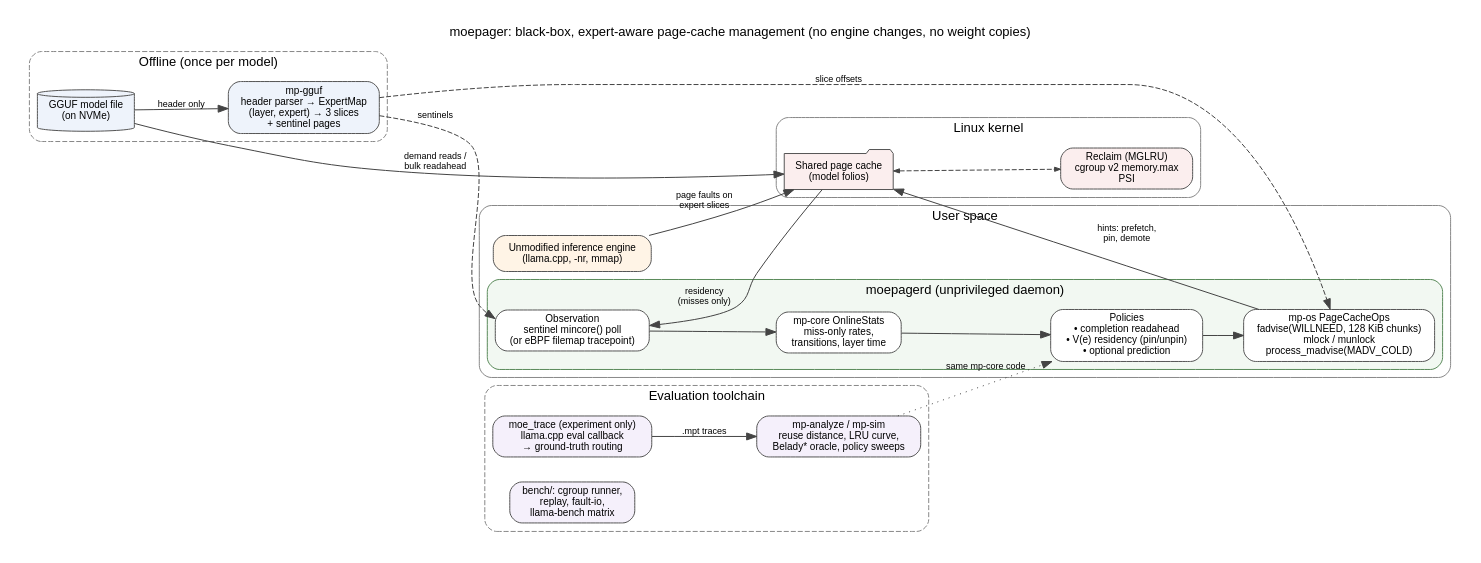
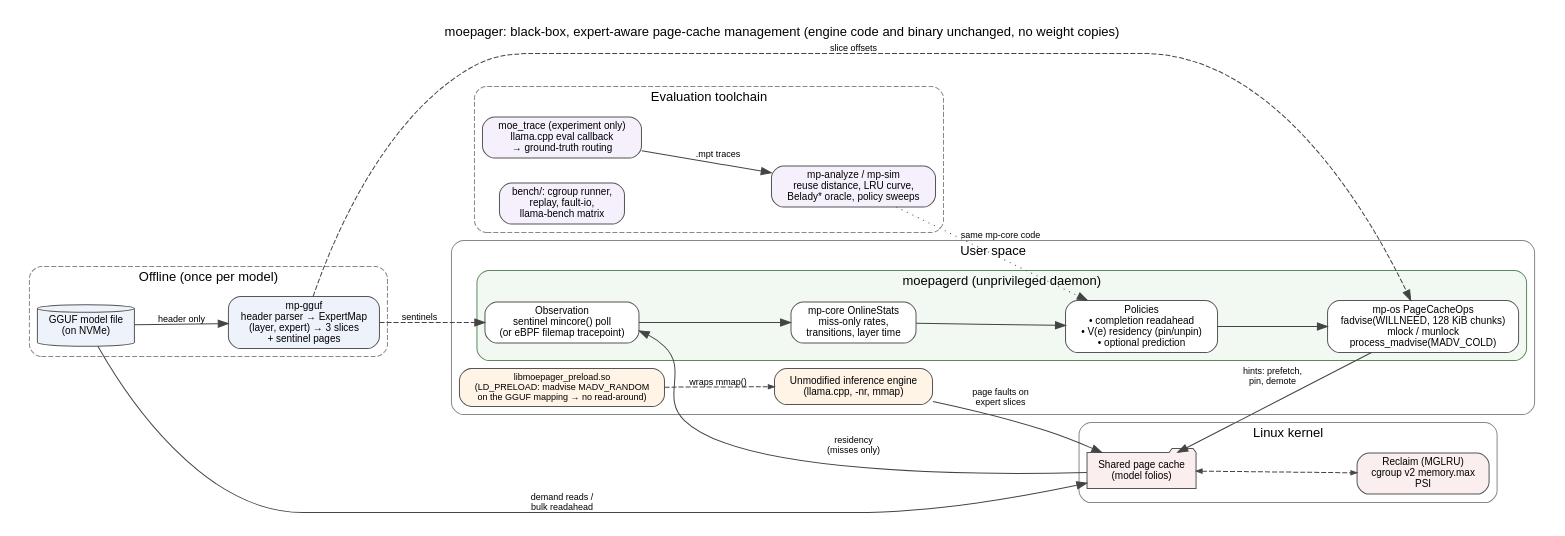
The diagram in docs/report/architecture.dot (TirthBora/moepager), drawn with Graphviz before and after one commit. The commit also changed 30 other files, not shown here.

```diff
--- a/docs/report/architecture.dot
+++ b/docs/report/architecture.dot
@@ -1,51 +1,53 @@
 // moepager system architecture. Render: dot -Tpng -Gdpi=200 architecture.dot -o architecture.png
 digraph moepager {
   graph [rankdir=LR, fontname="Helvetica", fontsize=11, nodesep=0.35, ranksep=0.55, pad=0.2,
-         label="moepager: black-box, expert-aware page-cache management (no engine changes, no weight copies)",
+         label="moepager: black-box, expert-aware page-cache management (engine code and binary unchanged, no weight copies)",
          labelloc=t, fontsize=13];
   node  [shape=box, style="rounded,filled", fontname="Helvetica", fontsize=10, fillcolor="#ffffff", color="#555555"];
   edge  [fontname="Helvetica", fontsize=9, color="#444444"];
 
   subgraph cluster_offline {
     label="Offline (once per model)"; style="rounded,dashed"; color="#888888";
     gguf  [label="GGUF model file\n(on NVMe)", shape=cylinder, fillcolor="#eef3fb"];
     map   [label="mp-gguf\nheader parser → ExpertMap\n(layer, expert) → 3 slices\n+ sentinel pages", fillcolor="#eef3fb"];
     gguf -> map [label="header only"];
   }
 
   subgraph cluster_user {
     label="User space"; style="rounded"; color="#888888";
     engine [label="Unmodified inference engine\n(llama.cpp, -nr, mmap)", fillcolor="#fff4e6"];
+    shim   [label="libmoepager_preload.so\n(LD_PRELOAD: madvise MADV_RANDOM\non the GGUF mapping → no read-around)", fillcolor="#fff4e6", fontsize=9];
+    shim -> engine [label="wraps mmap()", style=dashed, arrowsize=0.6];
     subgraph cluster_daemon {
       label="moepagerd (unprivileged daemon)"; style="rounded,filled"; fillcolor="#f2f8f2"; color="#5a8a5a";
       obs   [label="Observation\nsentinel mincore() poll\n(or eBPF filemap tracepoint)"];
       stats [label="mp-core OnlineStats\nmiss-only rates,\ntransitions, layer time"];
       pol   [label="Policies\n• completion readahead\n• V(e) residency (pin/unpin)\n• optional prediction"];
       act   [label="mp-os PageCacheOps\nfadvise(WILLNEED, 128 KiB chunks)\nmlock / munlock\nprocess_madvise(MADV_COLD)"];
       obs -> stats -> pol -> act;
     }
   }
 
   subgraph cluster_kernel {
     label="Linux kernel"; style="rounded"; color="#888888";
     pc  [label="Shared page cache\n(model folios)", shape=folder, fillcolor="#fbeeee"];
     mm  [label="Reclaim (MGLRU)\ncgroup v2 memory.max\nPSI", fillcolor="#fbeeee"];
     pc -> mm [dir=both, style=dashed, arrowsize=0.6];
   }
 
   map    -> obs   [label="sentinels", style=dashed];
   map    -> act   [label="slice offsets", style=dashed];
   engine -> pc    [label="page faults on\nexpert slices"];
   gguf   -> pc    [label="demand reads /\nbulk readahead"];
   pc     -> obs   [label="residency\n(misses only)"];
   act    -> pc    [label="hints: prefetch,\npin, demote"];
 
   subgraph cluster_eval {
     label="Evaluation toolchain"; style="rounded,dashed"; color="#888888";
     gt   [label="moe_trace (experiment only)\nllama.cpp eval callback\n→ ground-truth routing", fillcolor="#f5f0fb"];
     sim  [label="mp-analyze / mp-sim\nreuse distance, LRU curve,\nBelady* oracle, policy sweeps", fillcolor="#f5f0fb"];
     bench[label="bench/: cgroup runner,\nreplay, fault-io,\nllama-bench matrix", fillcolor="#f5f0fb"];
     gt -> sim [label=".mpt traces"];
     sim -> pol [label="same mp-core code", style=dotted];
   }
 }
```
